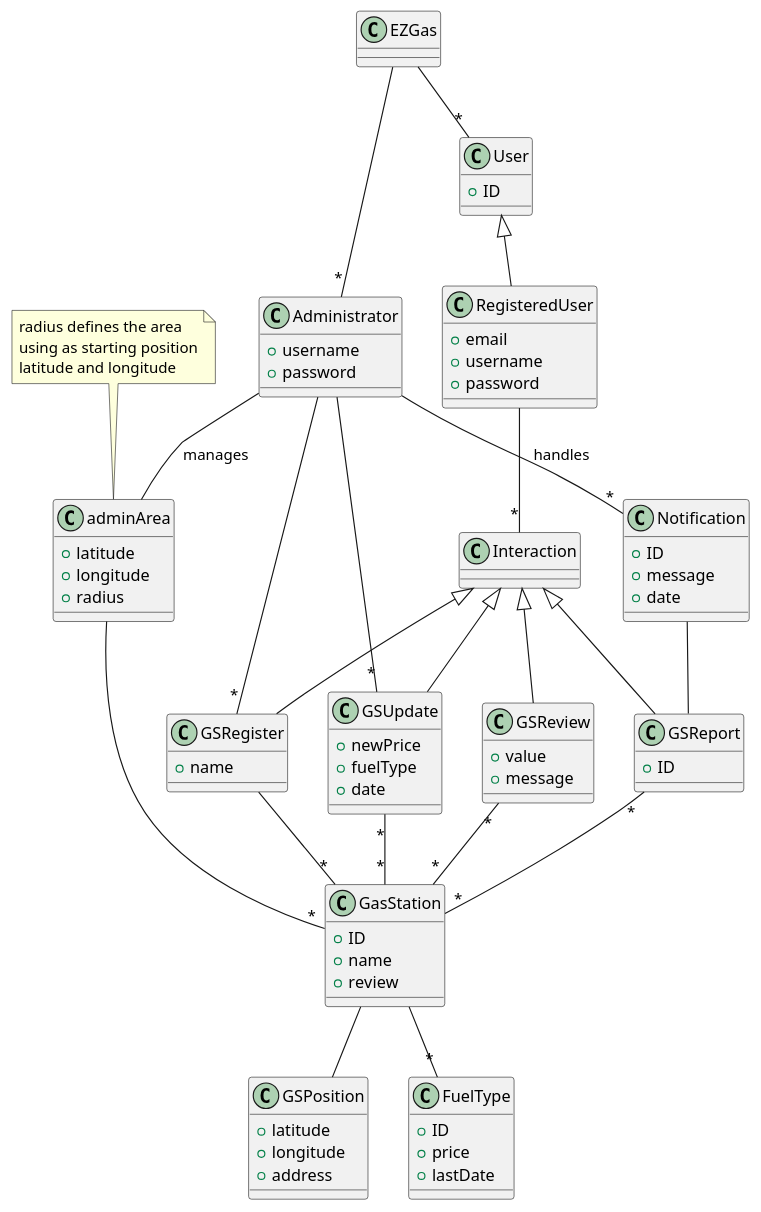
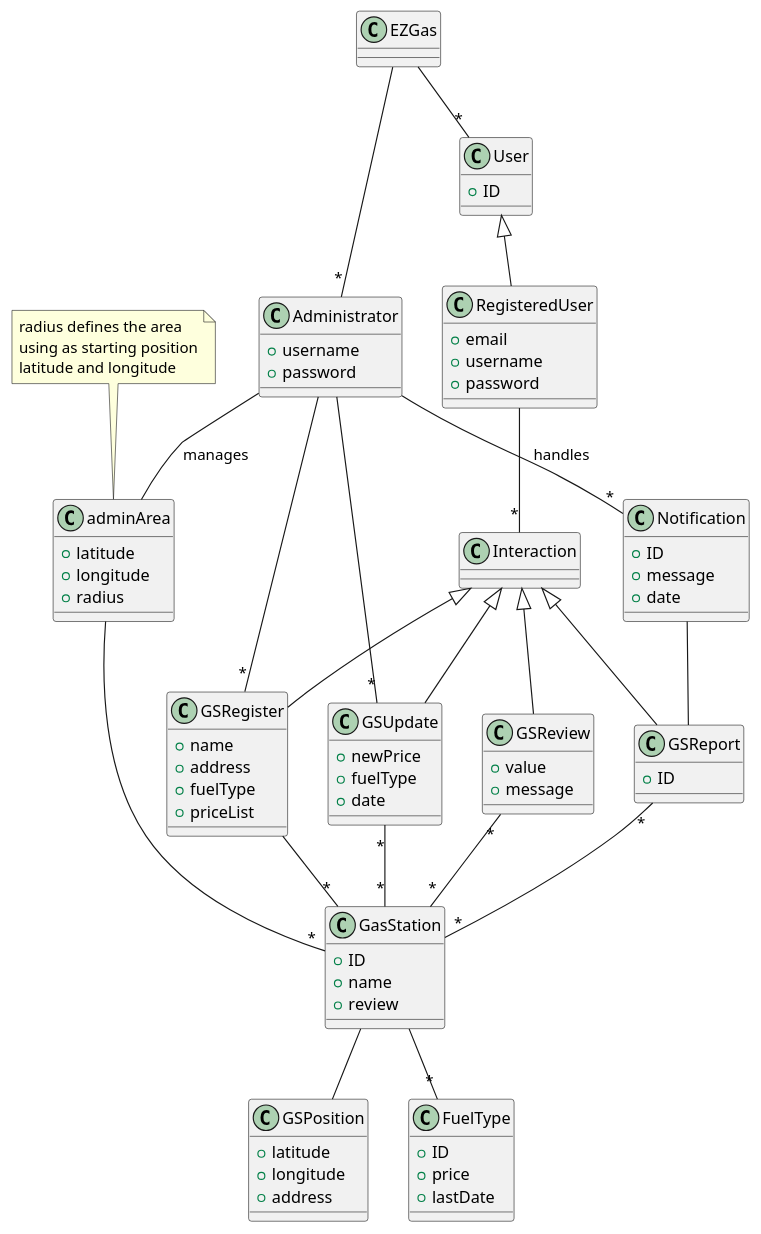
The third of 3 diagrams in REQ_s280105.md (SoftengPoliTo/Lab2), drawn with PlantUML before and after one commit. The commit also changed other lines of this file, not shown here.

```diff
--- a/REQ_s280105.md
+++ b/REQ_s280105.md
@@ -342,6 +306,9 @@
 
 class GSRegister{
   + name
+  + address
+  + fuelType
+  + priceList
 }
 
 class GSUpdate{
```
